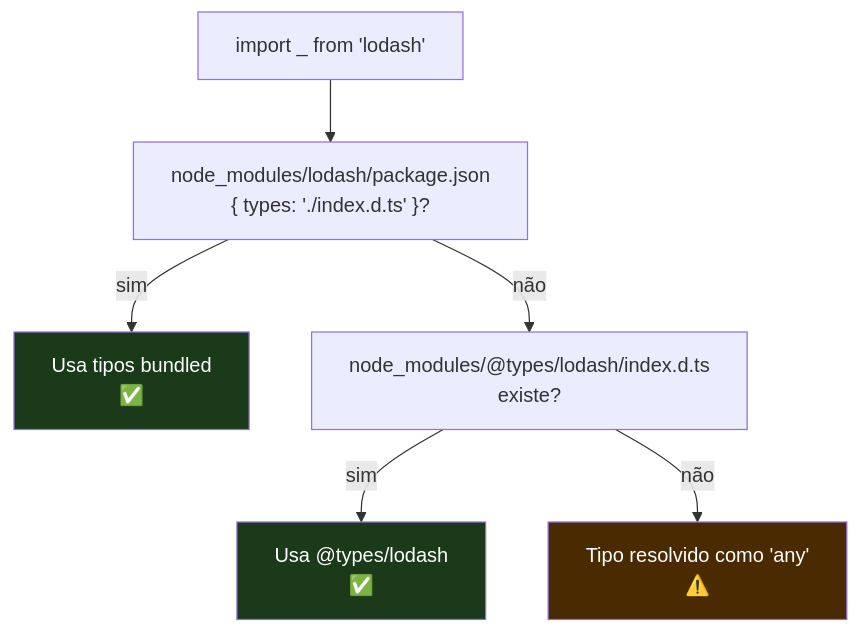
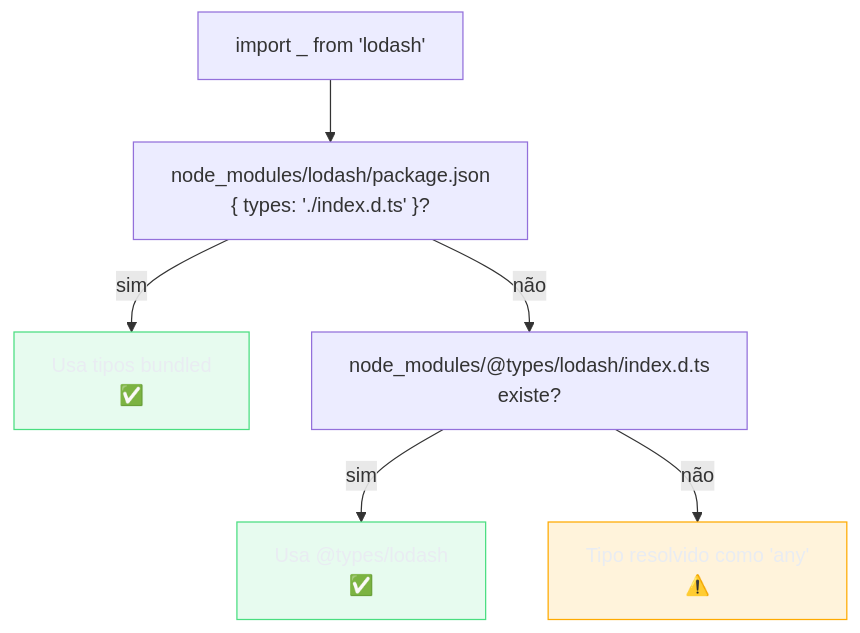
The fourth of 6 diagrams in 03-Dominios/Tecnologia/TypeScript/22 - Declaration files (.d.ts) e o ecossistema de tipos.md (josenaldo/codex-technomanticus), drawn with Mermaid before and after one commit. The commit also changed other lines of this file and 1181 other files, not shown here.

First line of the commit message:
fix(diagramas): paleta do sistema no lugar de cor cravada no markdown

````diff
--- a/03-Dominios/Tecnologia/TypeScript/22 - Declaration files (.d.ts) e o ecossistema de tipos.md
+++ b/03-Dominios/Tecnologia/TypeScript/22 - Declaration files (.d.ts) e o ecossistema de tipos.md
@@ -318,19 +323,21 @@
 ```mermaid
 flowchart TD
+    classDef ok fill:#4ADE8021,stroke:#4ADE80,color:#E9ECF2
+    classDef destaque fill:#FFAA0024,stroke:#FFAA00,color:#E9ECF2
     IMPORT["import _ from 'lodash'"]
     PKG["node_modules/lodash/package.json\n{ types: './index.d.ts' }?"]
     FOUND_BUNDLED["Usa tipos bundled\n✅"]
     ATYPES["node_modules/@types/lodash/index.d.ts\nexiste?"]
     FOUND_DT["Usa @types/lodash\n✅"]
     NOTFOUND["Tipo resolvido como 'any'\n⚠️"]
 
     IMPORT --> PKG
     PKG -- sim --> FOUND_BUNDLED
     PKG -- não --> ATYPES
     ATYPES -- sim --> FOUND_DT
     ATYPES -- não --> NOTFOUND
 
-    style FOUND_BUNDLED fill:#1a3a1a,color:#fff
-    style FOUND_DT fill:#1a3a1a,color:#fff
-    style NOTFOUND fill:#4a2a00,color:#fff
+    class FOUND_BUNDLED ok
+    class FOUND_DT ok
+    class NOTFOUND destaque
 ```
````
